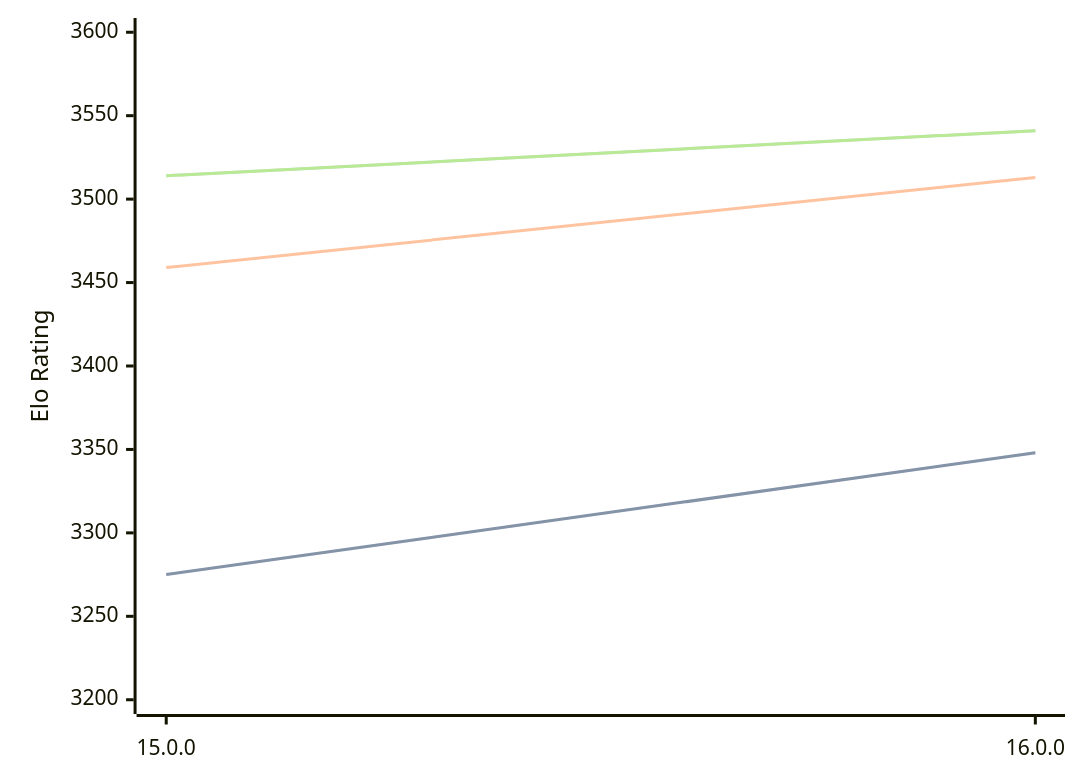
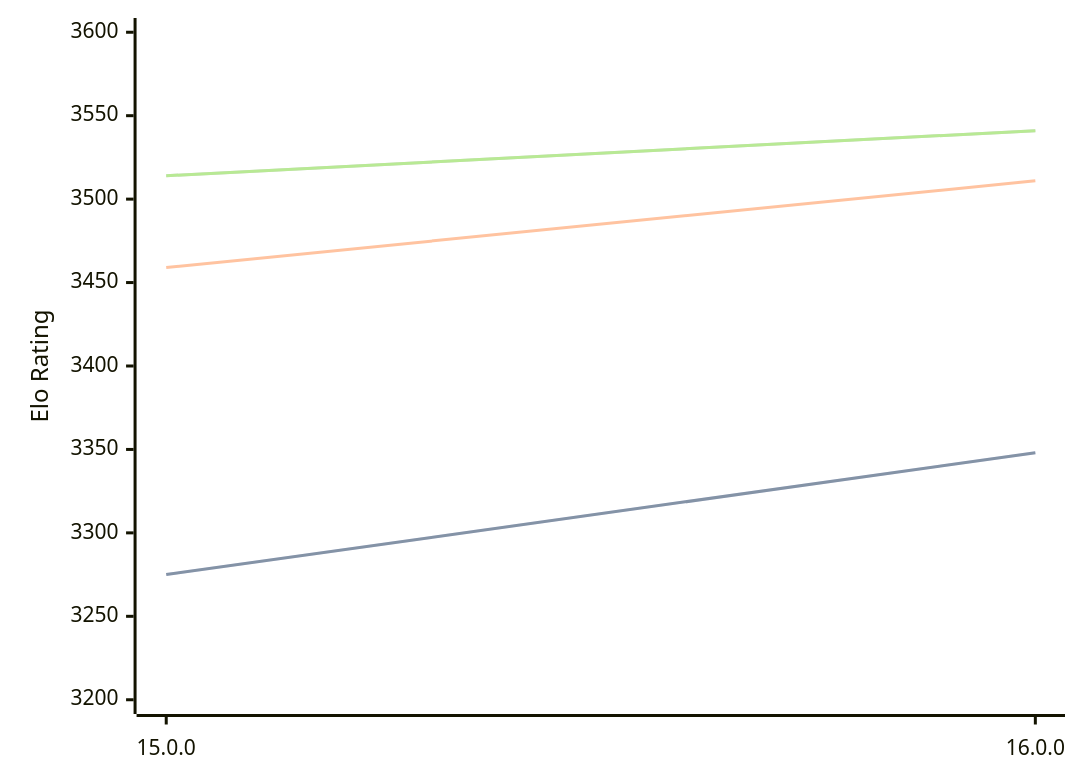
One commit to computer-chess-index/cci changed the third of 3 diagrams in engines/Halogen.md. Above: the diagram before and after it, drawn with Mermaid. The commit also changed other lines of this file, not shown here.

````diff
--- a/engines/Halogen.md
+++ b/engines/Halogen.md
@@ -83,11 +83,11 @@
 ```mermaid
 %%{init: {"theme":"base","themeVariables":{"seriesColors:['#a3a3a3','#222221','#faa371']}}}%%
 xychart-beta
   x-axis ["15.0.0", "16.0.0"]
   y-axis "Elo Rating" 3200 --> 3600
   line "STC (8.0+0.08s)" [3275, 3348]
   line "STC (8.0+0.08s)" [3275, 3348]
-  line "LTC (60.0+0.60s)" [3459, 3513]
+  line "LTC (60.0+0.60s)" [3459, 3511]
   line "VLTC (2m24s+1.12s)" [3514, 3541]
   line "VLTC (2m24s+1.12s)" [3514, 3541]
 ```
````
